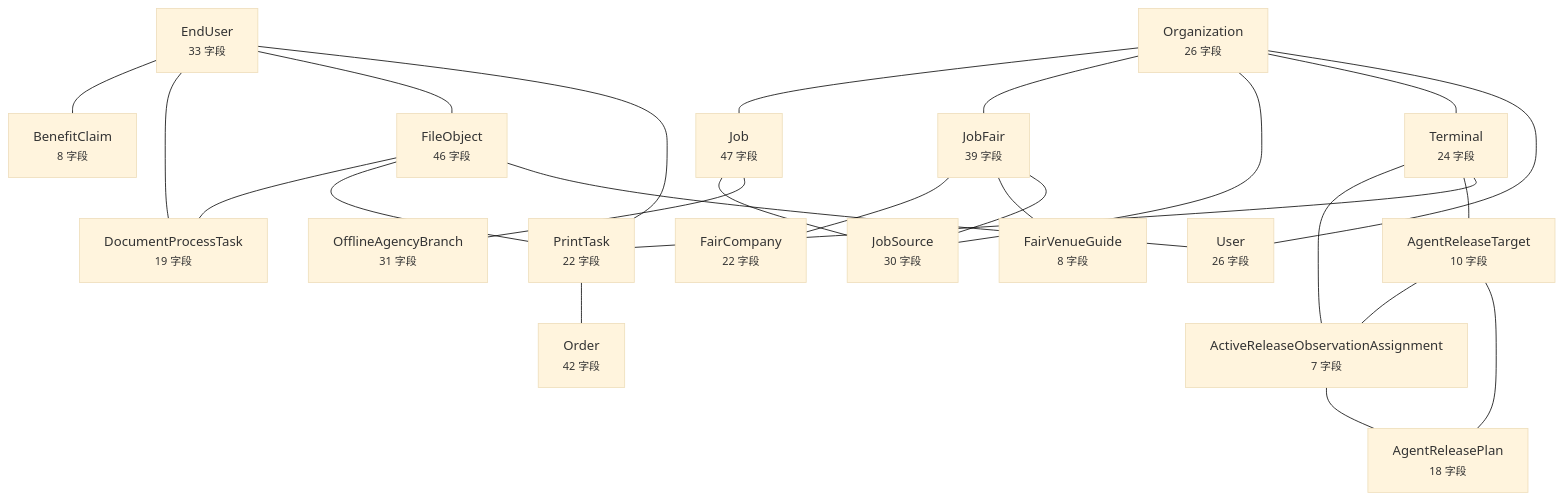
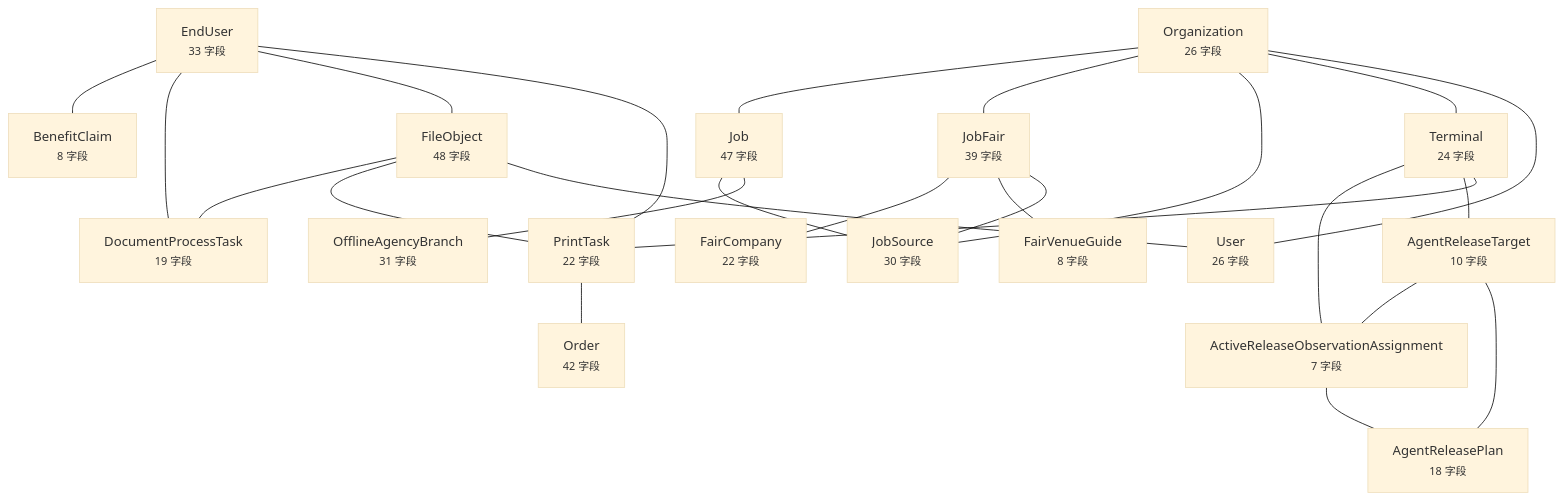
One commit to wanglei581/YITIJI changed the diagram in docs/graph/data-model.md. Above: the diagram before and after it, drawn with Mermaid (base theme). The commit also changed other lines of this file and 4 other files, not shown here.

Commit message:
docs(graph): regenerate for merged upload, pickup and job-board changes

````diff
--- a/docs/graph/data-model.md
+++ b/docs/graph/data-model.md
@@ -10,45 +10,45 @@
 ```mermaid
 flowchart TD
   EndUser["EndUser<br/><small>33 字段</small>"]
   Organization["Organization<br/><small>26 字段</small>"]
   Terminal["Terminal<br/><small>24 字段</small>"]
-  FileObject["FileObject<br/><small>46 字段</small>"]
+  FileObject["FileObject<br/><small>48 字段</small>"]
   Job["Job<br/><small>47 字段</small>"]
   JobFair["JobFair<br/><small>39 字段</small>"]
   JobSource["JobSource<br/><small>30 字段</small>"]
   User["User<br/><small>26 字段</small>"]
   PrintTask["PrintTask<br/><small>22 字段</small>"]
   AgentReleaseTarget["AgentReleaseTarget<br/><small>10 字段</small>"]
   Order["Order<br/><small>42 字段</small>"]
   ActiveReleaseObservationAssignment["ActiveReleaseObservationAssignment<br/><small>7 字段</small>"]
   AgentReleasePlan["AgentReleasePlan<br/><small>18 字段</small>"]
   BenefitClaim["BenefitClaim<br/><small>8 字段</small>"]
   DocumentProcessTask["DocumentProcessTask<br/><small>19 字段</small>"]
   FairCompany["FairCompany<br/><small>22 字段</small>"]
   FairVenueGuide["FairVenueGuide<br/><small>8 字段</small>"]
   OfflineAgencyBranch["OfflineAgencyBranch<br/><small>31 字段</small>"]
   EndUser --- BenefitClaim
   EndUser --- DocumentProcessTask
   EndUser --- FileObject
   EndUser --- PrintTask
   Organization --- Job
   Organization --- JobFair
   Organization --- JobSource
   Organization --- Terminal
   Organization --- User
   Terminal --- ActiveReleaseObservationAssignment
   Terminal --- AgentReleaseTarget
   Terminal --- PrintTask
   FileObject --- DocumentProcessTask
   FileObject --- PrintTask
   FileObject --- User
   Job --- JobSource
   Job --- OfflineAgencyBranch
   JobFair --- FairCompany
   JobFair --- FairVenueGuide
   JobFair --- JobSource
   PrintTask --- Order
   AgentReleaseTarget --- ActiveReleaseObservationAssignment
   AgentReleaseTarget --- AgentReleasePlan
   ActiveReleaseObservationAssignment --- AgentReleasePlan
 ```
````
